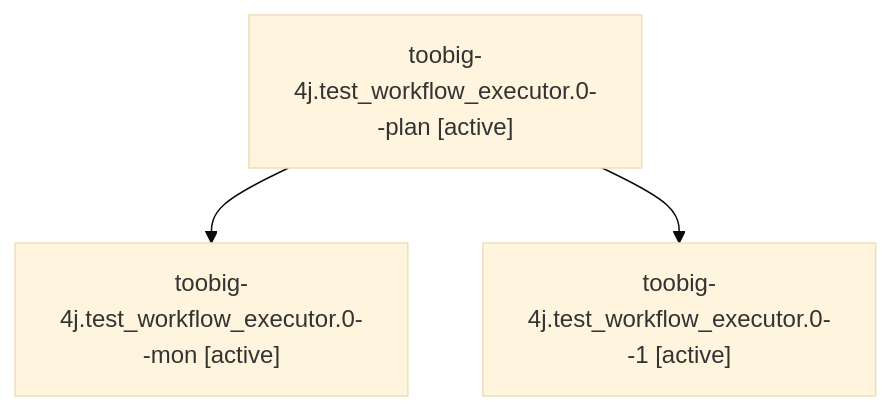
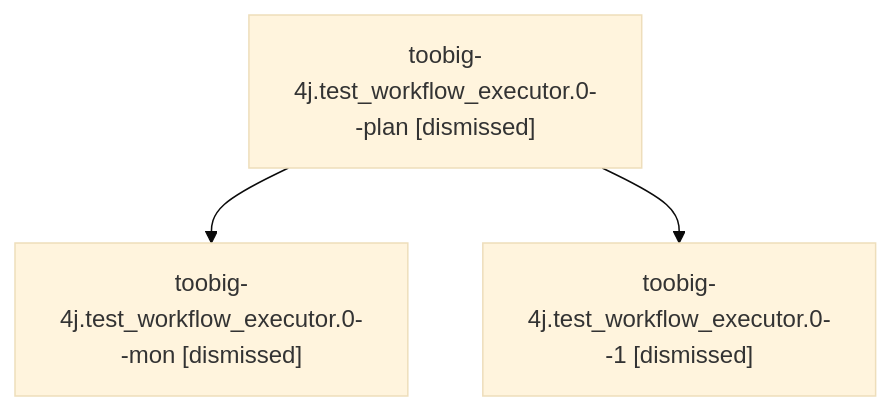
Before and after one commit to sase-org/sase--agents: the diagram in sessions/bbugyi200.athena.toobig-4j.test_workflow_executor.0.md, drawn with Mermaid (base theme). The commit also changed other lines of this file and 72 other files, not shown here.

````diff
--- a/sessions/bbugyi200.athena.toobig-4j.test_workflow_executor.0.md
+++ b/sessions/bbugyi200.athena.toobig-4j.test_workflow_executor.0.md
@@ -9,8 +9,8 @@
 ```mermaid
 flowchart TD
-  n0["toobig-4j.test_workflow_executor.0--plan [active]"]
-  n1["toobig-4j.test_workflow_executor.0--mon [active]"]
+  n0["toobig-4j.test_workflow_executor.0--plan [dismissed]"]
+  n1["toobig-4j.test_workflow_executor.0--mon [dismissed]"]
   n0 --> n1
-  n2["toobig-4j.test_workflow_executor.0--1 [active]"]
+  n2["toobig-4j.test_workflow_executor.0--1 [dismissed]"]
   n0 --> n2
 ```
````
